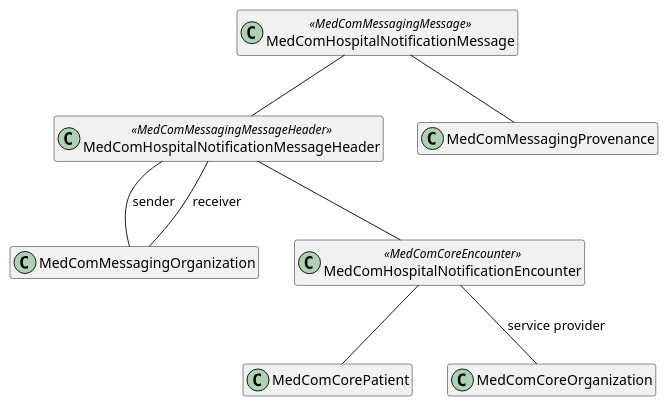
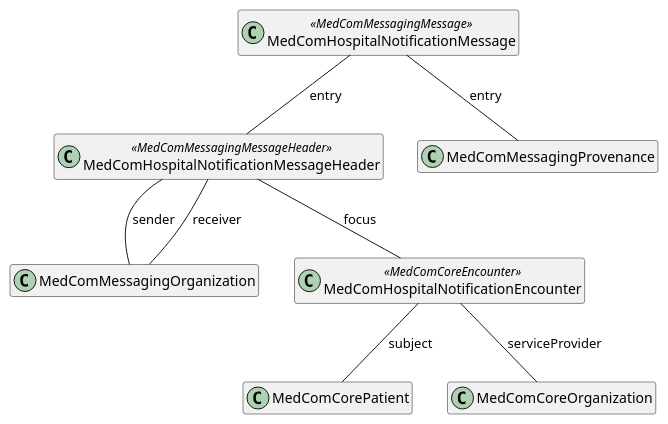
One commit to medcomdk/dk-medcom changed the diagram in puml/HospitalNotification.puml. Above: the diagram before and after it, drawn with PlantUML. The commit also changed 19 other files, not shown here.

First line of the commit message:
Updated all UML figures

```diff
--- a/puml/HospitalNotification.puml
+++ b/puml/HospitalNotification.puml
@@ -1,22 +1,22 @@
 @startuml HospitalNotification
 
 hide empty members
 
 class "MedComHospitalNotificationMessage" as message <<MedComMessagingMessage>>
 class "MedComHospitalNotificationMessageHeader" as messageHeader <<MedComMessagingMessageHeader>>
 class "MedComMessagingOrganization" as organization
 class "MedComCorePatient" as patient
 class "MedComHospitalNotificationEncounter" as encounter <<MedComCoreEncounter>>
 class "MedComMessagingProvenance" as provenance
 class "MedComCoreOrganization" as serviceProvider
 
-message -- messageHeader
-messageHeader -- encounter
-encounter -- patient
-encounter -- serviceProvider : "service provider"
-message -- provenance
+message -- messageHeader : "entry"
+messageHeader -- encounter : "focus"
+encounter -- patient : "subject"
+encounter -- serviceProvider : "serviceProvider"
+message -- provenance : "entry"
 
 messageHeader -- organization : "sender"
 messageHeader -- organization : "receiver"
 
 @enduml
```
